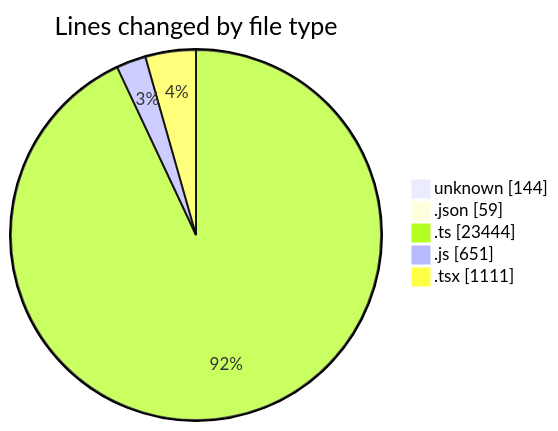
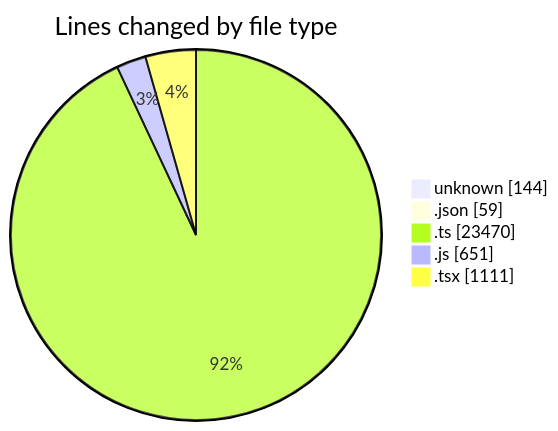
The first of 2 diagrams in 2025-11-13/cda/README.md (momahboobian/code-tracking), drawn with Mermaid before and after one commit. The commit also changed other lines of this file and 1 other file, not shown here.

````diff
--- a/2025-11-13/cda/README.md
+++ b/2025-11-13/cda/README.md
@@ -31,9 +31,9 @@
 ```mermaid
 pie showData
 title Lines changed by file type
 "unknown" : 144
 ".json" : 59
-".ts" : 23444
+".ts" : 23470
 ".js" : 651
 ".tsx" : 1111
 ```
````
